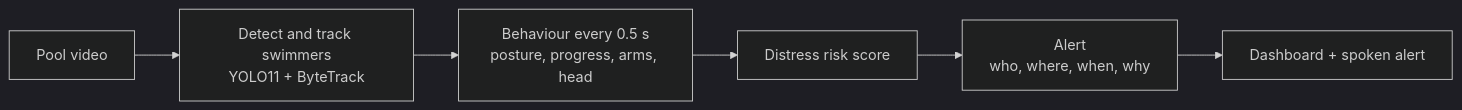
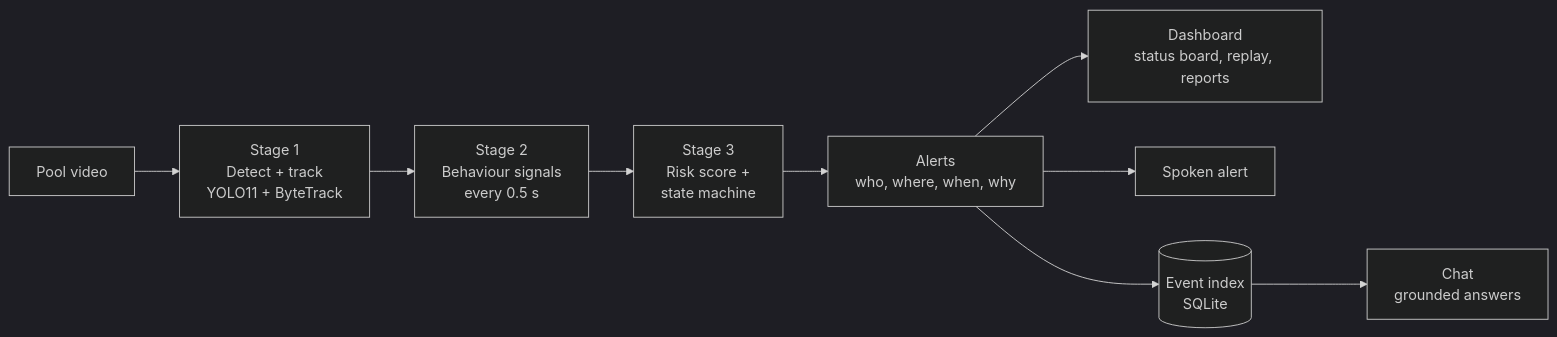
One commit to Lokeshraj2006/HexTech-AquaWatch changed the first of 3 diagrams in README.md. Above: the diagram before and after it, drawn with Mermaid (dark theme). The commit also changed other lines of this file and 9 other files, not shown here.

````diff
--- a/README.md
+++ b/README.md
@@ -22,8 +43,11 @@
 ```mermaid
 flowchart LR
-    V["Pool video"] --> D["Detect and track swimmers<br/>YOLO11 + ByteTrack"]
-    D --> B["Behaviour every 0.5 s<br/>posture, progress, arms, head"]
-    B --> R["Distress risk score"]
-    R --> A["Alert<br/>who, where, when, why"]
-    A --> S["Dashboard + spoken alert"]
+    V["Pool video"] --> S1["Stage 1<br/>Detect + track<br/>YOLO11 + ByteTrack"]
+    S1 --> S2["Stage 2<br/>Behaviour signals<br/>every 0.5 s"]
+    S2 --> S3["Stage 3<br/>Risk score +<br/>state machine"]
+    S3 --> A["Alerts<br/>who, where, when, why"]
+    A --> UI["Dashboard<br/>status board, replay, reports"]
+    A --> SP["Spoken alert"]
+    A --> IX[("Event index<br/>SQLite")]
+    IX --> CH["Chat<br/>grounded answers"]
 ```
````
